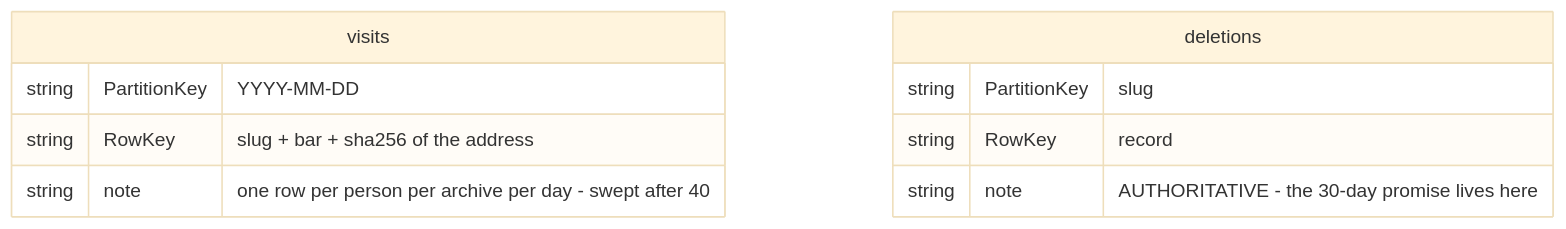
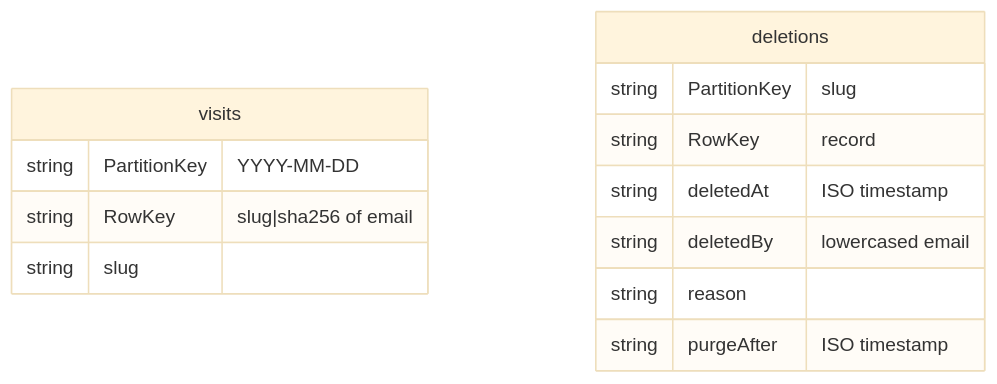
Before and after one commit to kurtzeborn/mission-journal: diagram 14 of 18 in docs/architecture.md, drawn with Mermaid (base theme). The commit also changed other lines of this file, not shown here.

First line of the commit message:
Clarify table architecture diagrams

````diff
--- a/docs/architecture.md
+++ b/docs/architecture.md
@@ -271,13 +355,16 @@
 ```mermaid
 erDiagram
     visits {
         string PartitionKey "YYYY-MM-DD"
-        string RowKey "slug + bar + sha256 of the address"
-        string note "one row per person per archive per day - swept after 40"
+        string RowKey "slug|sha256 of email"
+        string slug
     }
     deletions {
         string PartitionKey "slug"
         string RowKey "record"
-        string note "AUTHORITATIVE - the 30-day promise lives here"
+        string deletedAt "ISO timestamp"
+        string deletedBy "lowercased email"
+        string reason
+        string purgeAfter "ISO timestamp"
     }
 ```
````
